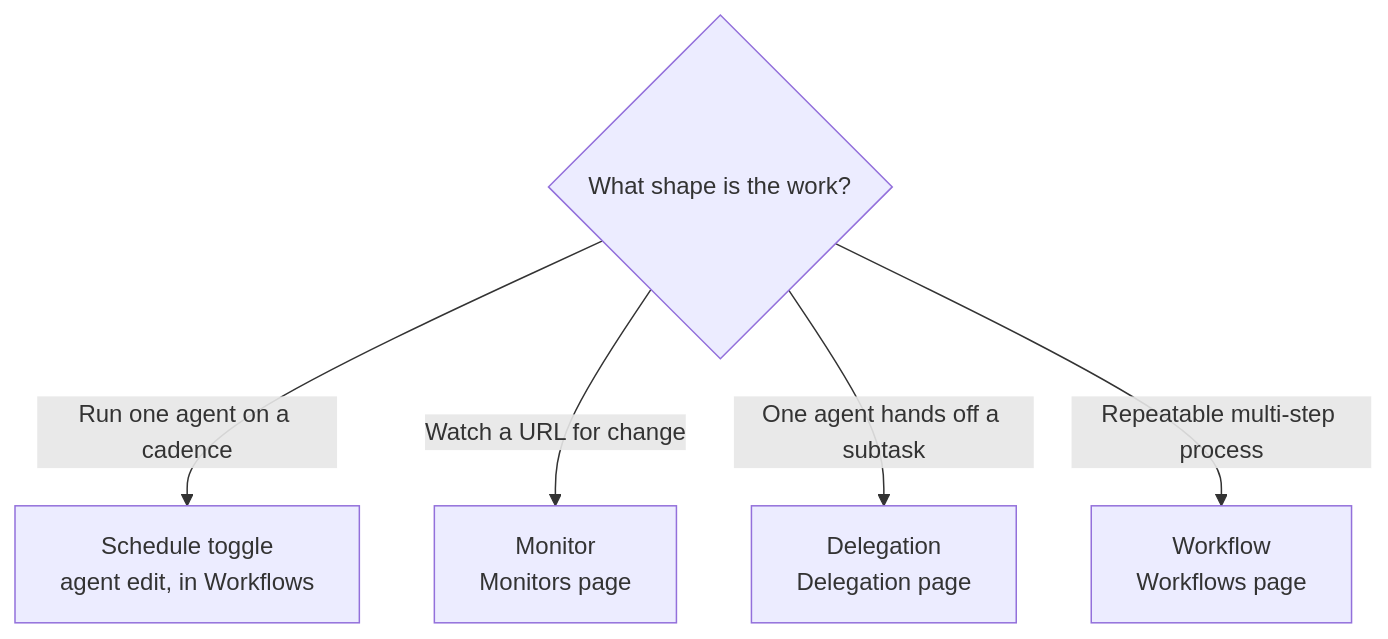
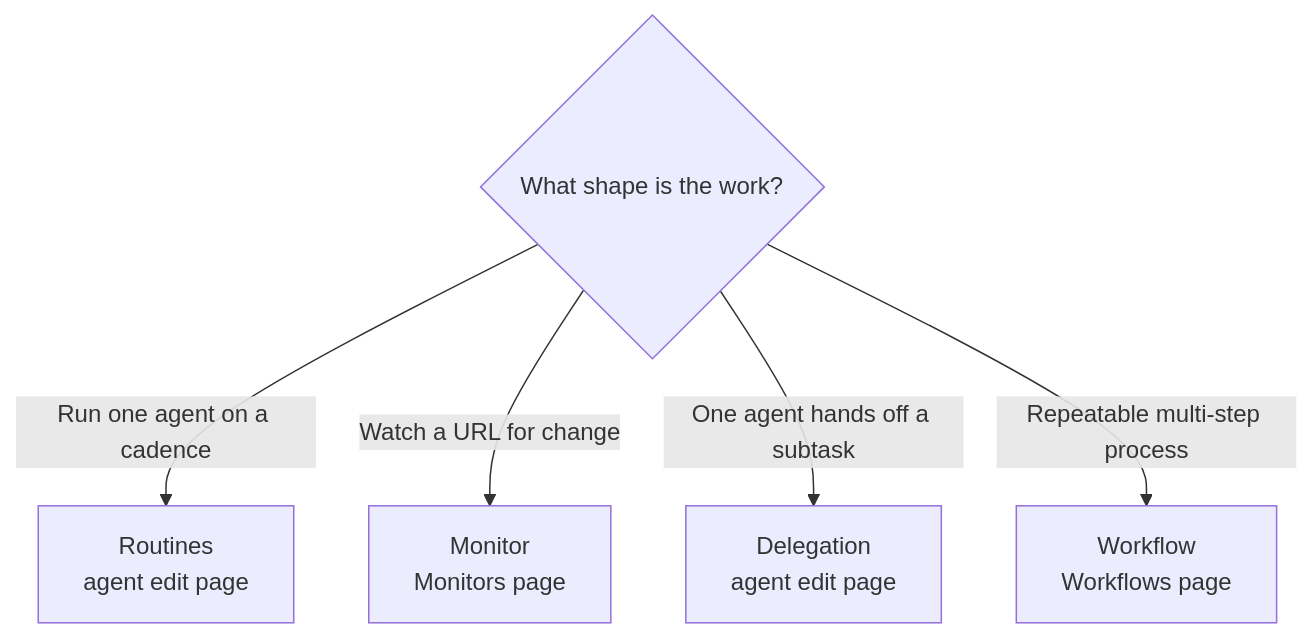
The diagram in content/docs/learn/academy/operator/automations.mdx (amajorai/ryu-docs), drawn with Mermaid before and after one commit. The commit also changed other lines of this file and 2538 other files, not shown here.

````diff
--- a/content/docs/learn/academy/operator/automations.mdx
+++ b/content/docs/learn/academy/operator/automations.mdx
@@ -88,8 +87,8 @@
 ```mermaid
 flowchart TD
   Start{What shape is the work?}
-  Start -->|Run one agent on a cadence| S[Schedule toggle<br/>agent edit, in Workflows]
+  Start -->|Run one agent on a cadence| S[Routines<br/>agent edit page]
   Start -->|Watch a URL for change| Mo[Monitor<br/>Monitors page]
-  Start -->|One agent hands off a subtask| D[Delegation<br/>Delegation page]
+  Start -->|One agent hands off a subtask| D[Delegation<br/>agent edit page]
   Start -->|Repeatable multi-step process| W[Workflow<br/>Workflows page]
 ```
````
